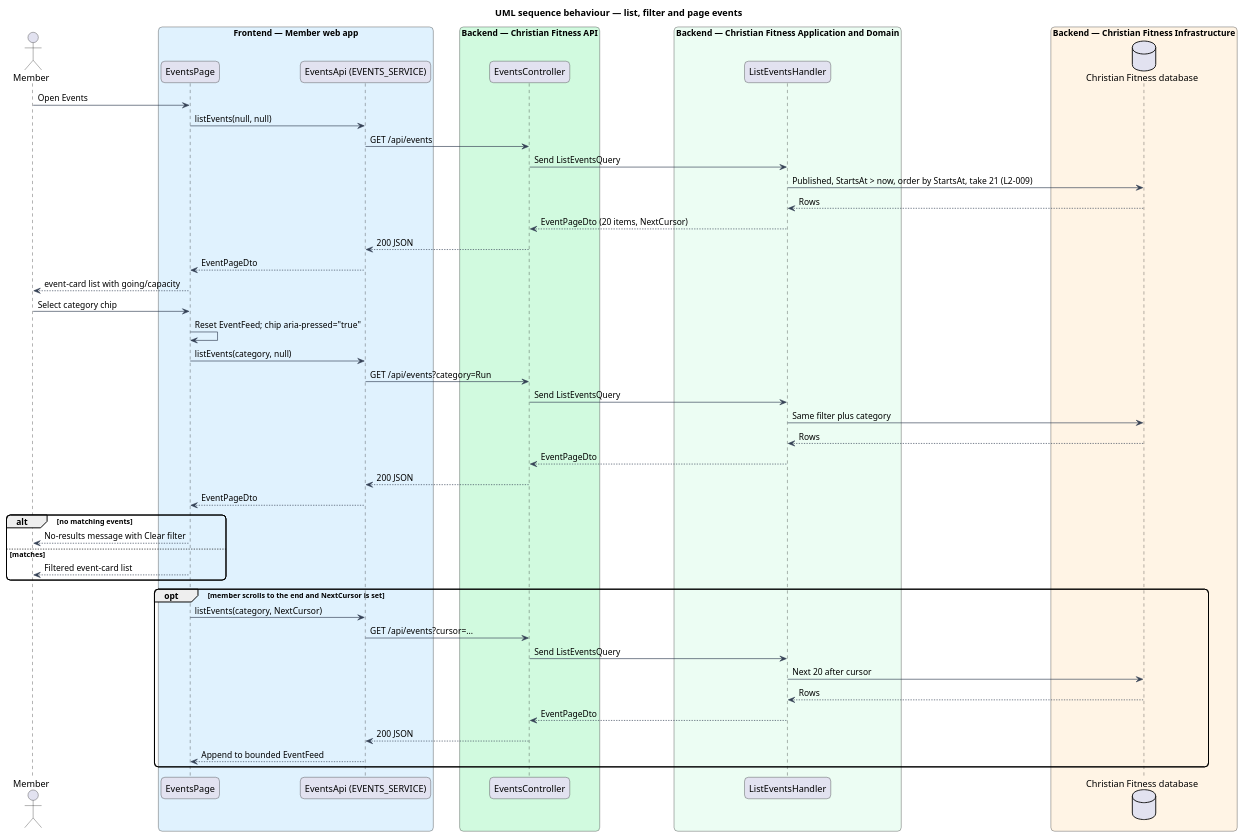
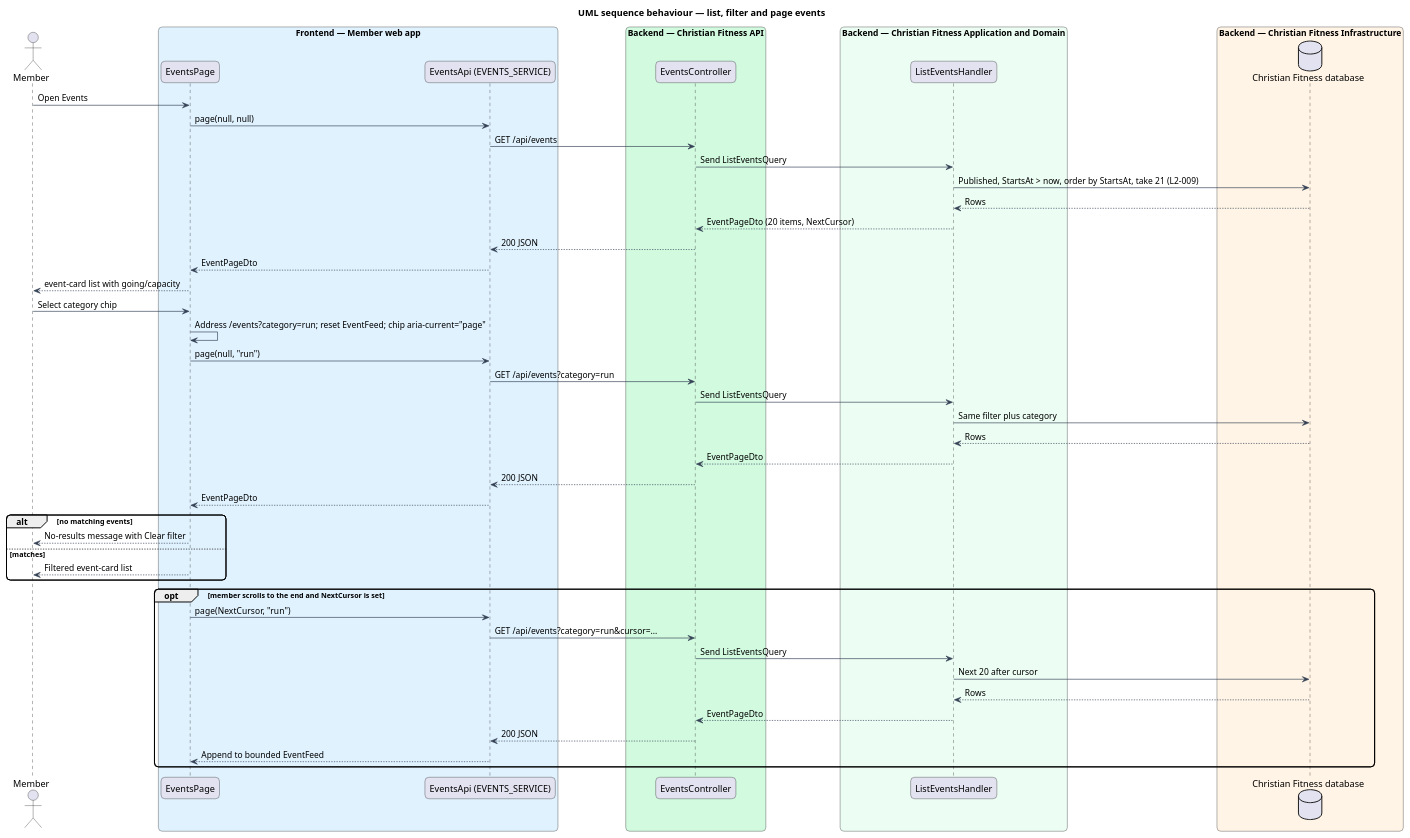
One commit to QuinntyneBrown/christian-fitness changed the diagram in docs/detailed-designs/events/browse-events/diagrams/sequence-list.puml. Above: the diagram before and after it, drawn with PlantUML. The commit also changed 18 other files, not shown here.

Commit message:
Slice 4.2 frontend: filter member events by category

```diff
--- a/docs/detailed-designs/events/browse-events/diagrams/sequence-list.puml
+++ b/docs/detailed-designs/events/browse-events/diagrams/sequence-list.puml
@@ -1,57 +1,57 @@
 @startuml
 title UML sequence behaviour — list, filter and page events
 skinparam backgroundColor #FFFFFF
 skinparam shadowing false
 skinparam roundcorner 12
 skinparam defaultFontName Arial
 skinparam ArrowColor #344054
 actor "Member" as actor
 box "Frontend — Member web app" #E0F2FE
   participant "EventsPage" as page
   participant "EventsApi (EVENTS_SERVICE)" as client
 end box
 box "Backend — Christian Fitness API" #D1FADF
   participant "EventsController" as ctrl
 end box
 box "Backend — Christian Fitness Application and Domain" #ECFDF3
   participant "ListEventsHandler" as h
 end box
 box "Backend — Christian Fitness Infrastructure" #FFF4E5
   database "Christian Fitness database" as db
 end box
 actor -> page : Open Events
-page -> client : listEvents(null, null)
+page -> client : page(null, null)
 client -> ctrl : GET /api/events
 ctrl -> h : Send ListEventsQuery
 h -> db : Published, StartsAt > now, order by StartsAt, take 21 (L2-009)
 db --> h : Rows
 h --> ctrl : EventPageDto (20 items, NextCursor)
 ctrl --> client : 200 JSON
 client --> page : EventPageDto
 page --> actor : event-card list with going/capacity
 actor -> page : Select category chip
-page -> page : Reset EventFeed; chip aria-pressed="true"
-page -> client : listEvents(category, null)
-client -> ctrl : GET /api/events?category=Run
+page -> page : Address /events?category=run; reset EventFeed; chip aria-current="page"
+page -> client : page(null, "run")
+client -> ctrl : GET /api/events?category=run
 ctrl -> h : Send ListEventsQuery
 h -> db : Same filter plus category
 db --> h : Rows
 h --> ctrl : EventPageDto
 ctrl --> client : 200 JSON
 client --> page : EventPageDto
 alt no matching events
   page --> actor : No-results message with Clear filter
 else matches
   page --> actor : Filtered event-card list
 end
 opt member scrolls to the end and NextCursor is set
-  page -> client : listEvents(category, NextCursor)
-  client -> ctrl : GET /api/events?cursor=...
+  page -> client : page(NextCursor, "run")
+  client -> ctrl : GET /api/events?category=run&cursor=...
   ctrl -> h : Send ListEventsQuery
   h -> db : Next 20 after cursor
   db --> h : Rows
   h --> ctrl : EventPageDto
   ctrl --> client : 200 JSON
   client --> page : Append to bounded EventFeed
 end
 @enduml
```
